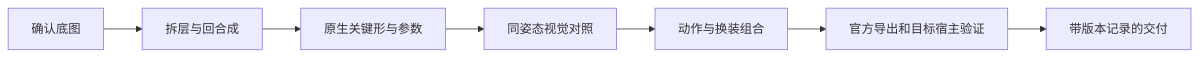
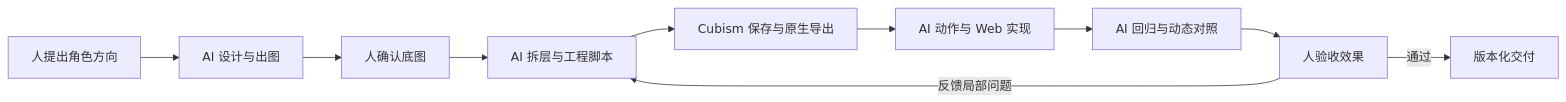
The diagram in README.md (XiaoZheBrother/live2d-production-notes), drawn with Mermaid before and after one commit. The commit also changed other lines of this file and 8 other files, not shown here.

````diff
--- a/README.md
+++ b/README.md
@@ -58,9 +94,12 @@
 ```mermaid
 flowchart LR
-  A[确认底图] --> B[拆层与回合成]
-  B --> C[原生关键形与参数]
-  C --> D[同姿态视觉对照]
-  D --> E[动作与换装组合]
-  E --> F[官方导出和目标宿主验证]
-  F --> G[带版本记录的交付]
+  A[人提出角色方向] --> B[AI 设计与出图]
+  B --> C[人确认底图]
+  C --> D[AI 拆层与工程脚本]
+  D --> E[Cubism 保存与原生导出]
+  E --> F[AI 动作与 Web 实现]
+  F --> G[AI 回归与动态对照]
+  G --> H[人验收效果]
+  H -->|反馈局部问题| D
+  H -->|通过| I[版本化交付]
 ```
````
